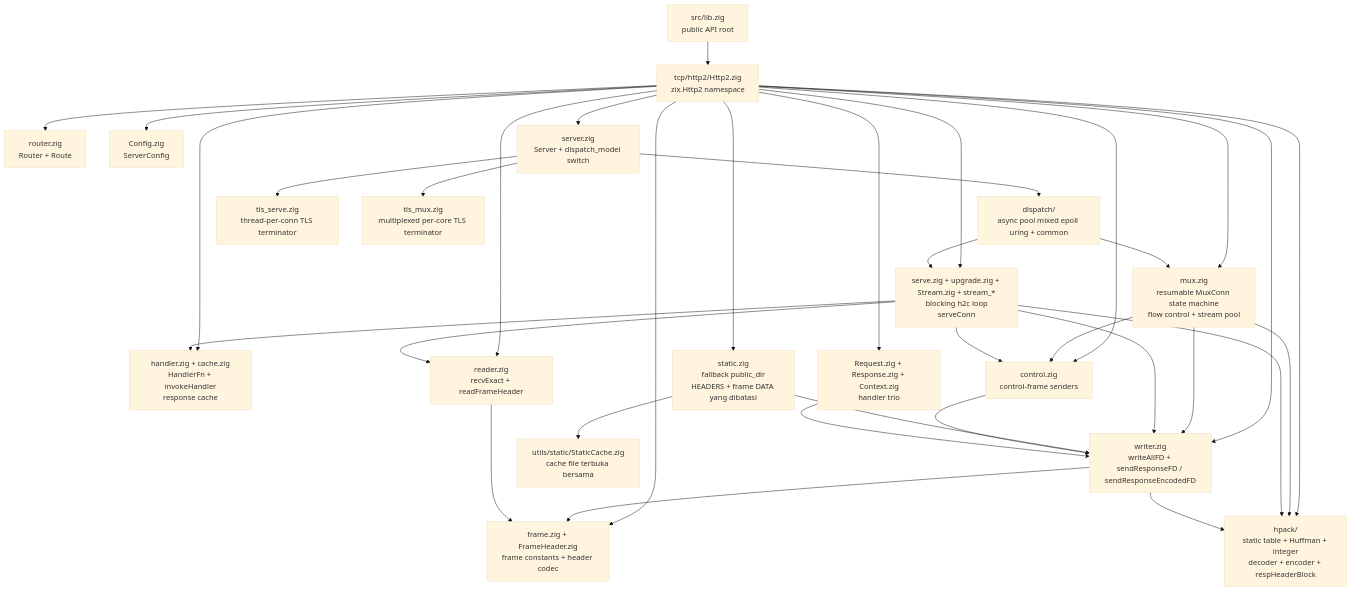
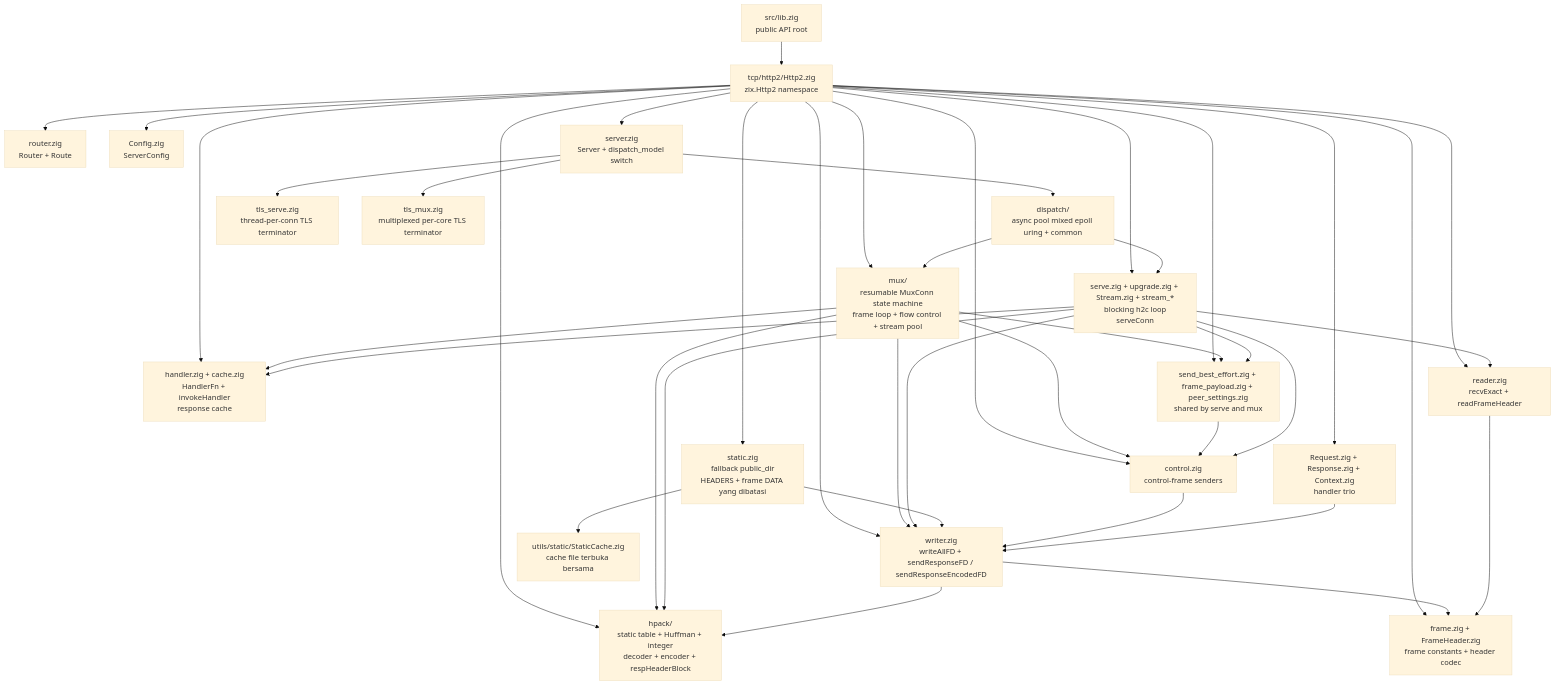
The third of 5 diagrams in docs/hld-http2-id.md (prothegee/zix), drawn with Mermaid (base theme) before and after one commit. The commit also changed other lines of this file, not shown here.

First line of the commit message:
update the HTTP/2 hld for the mux split

````diff
--- a/docs/hld-http2-id.md
+++ b/docs/hld-http2-id.md
@@ -91,40 +91,45 @@
 ```mermaid
 graph TD
     zix["src/lib.zig\npublic API root"] --> Http2["tcp/http2/Http2.zig\nzix.Http2 namespace"]
 
     Http2 --> core["serve.zig + upgrade.zig + Stream.zig + stream_*\nblocking h2c loop\nserveConn"]
     Http2 --> handler["handler.zig + cache.zig\nHandlerFn + invokeHandler\nresponse cache"]
     Http2 --> router["router.zig\nRouter + Route"]
-    Http2 --> mux["mux.zig\nresumable MuxConn state machine\nflow control + stream pool"]
+    Http2 --> mux["mux/\nresumable MuxConn state machine\nframe loop + flow control + stream pool"]
+    Http2 --> shared["send_best_effort.zig + frame_payload.zig + peer_settings.zig\nshared by serve and mux"]
     Http2 --> frame["frame.zig + FrameHeader.zig\nframe constants + header codec"]
     Http2 --> writer["writer.zig\nwriteAllFD + sendResponseFD / sendResponseEncodedFD"]
     Http2 --> reader["reader.zig\nrecvExact + readFrameHeader"]
     Http2 --> control["control.zig\ncontrol-frame senders"]
     Http2 --> hpack["hpack/\nstatic table + Huffman + integer\ndecoder + encoder + respHeaderBlock"]
     Http2 --> config["Config.zig\nServerConfig"]
     Http2 --> types["Request.zig + Response.zig + Context.zig\nhandler trio"]
     Http2 --> server["server.zig\nServer + dispatch_model switch"]
     Http2 --> static["static.zig\nfallback public_dir\nHEADERS + frame DATA yang dibatasi"]
 
     server --> dispatch["dispatch/\nasync pool mixed epoll uring + common"]
     server --> tls_serve["tls_serve.zig\nthread-per-conn TLS terminator"]
     server --> tls_mux["tls_mux.zig\nmultiplexed per-core TLS terminator"]
 
     dispatch --> core
     dispatch --> mux
     mux --> writer
     mux --> control
     mux --> hpack
+    mux --> handler
+    mux --> shared
+    core --> shared
+    shared --> control
     core --> reader
     core --> writer
     core --> control
     core --> hpack
     core --> handler
     static --> writer
     writer --> frame
     writer --> hpack
     reader --> frame
     control --> writer
     types --> writer
     static --> static_cache["utils/static/StaticCache.zig\ncache file terbuka bersama"]
 ```
````
